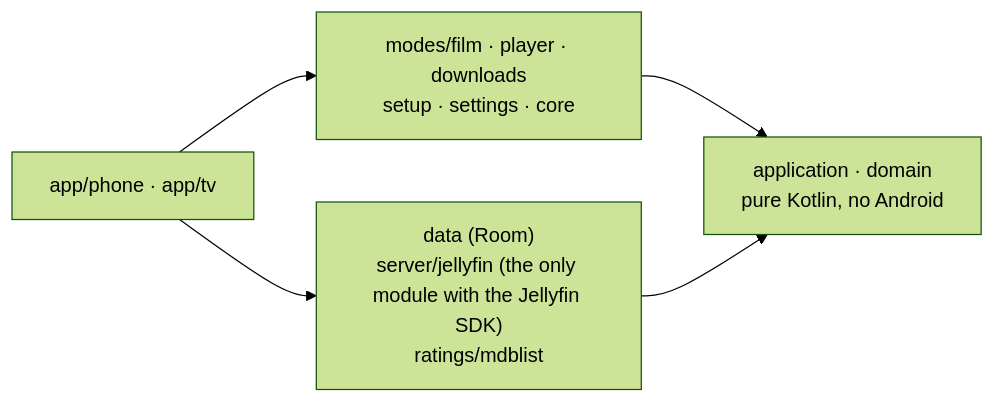
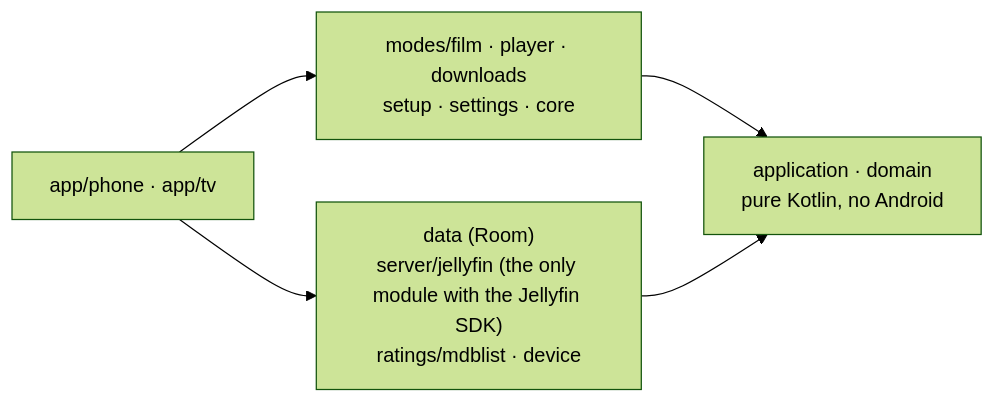
One commit to jaretclifton/ephyra changed the diagram in README.md. Above: the diagram before and after it, drawn with Mermaid (forest theme). The commit also changed other lines of this file and 15 other files, not shown here.

First line of the commit message:
refactor(architecture): rule R20, data is Room and nothing else (#965)

````diff
--- a/README.md
+++ b/README.md
@@ -164,7 +164,7 @@
 ```mermaid
 flowchart LR
   apps["app/phone · app/tv"] --> features["modes/film · player · downloads<br/>setup · settings · core"]
   features --> pure["application · domain<br/>pure Kotlin, no Android"]
-  apps --> adapters["data (Room)<br/>server/jellyfin (the only module with the Jellyfin SDK)<br/>ratings/mdblist"]
+  apps --> adapters["data (Room)<br/>server/jellyfin (the only module with the Jellyfin SDK)<br/>ratings/mdblist · device"]
   adapters --> pure
 ```
````
